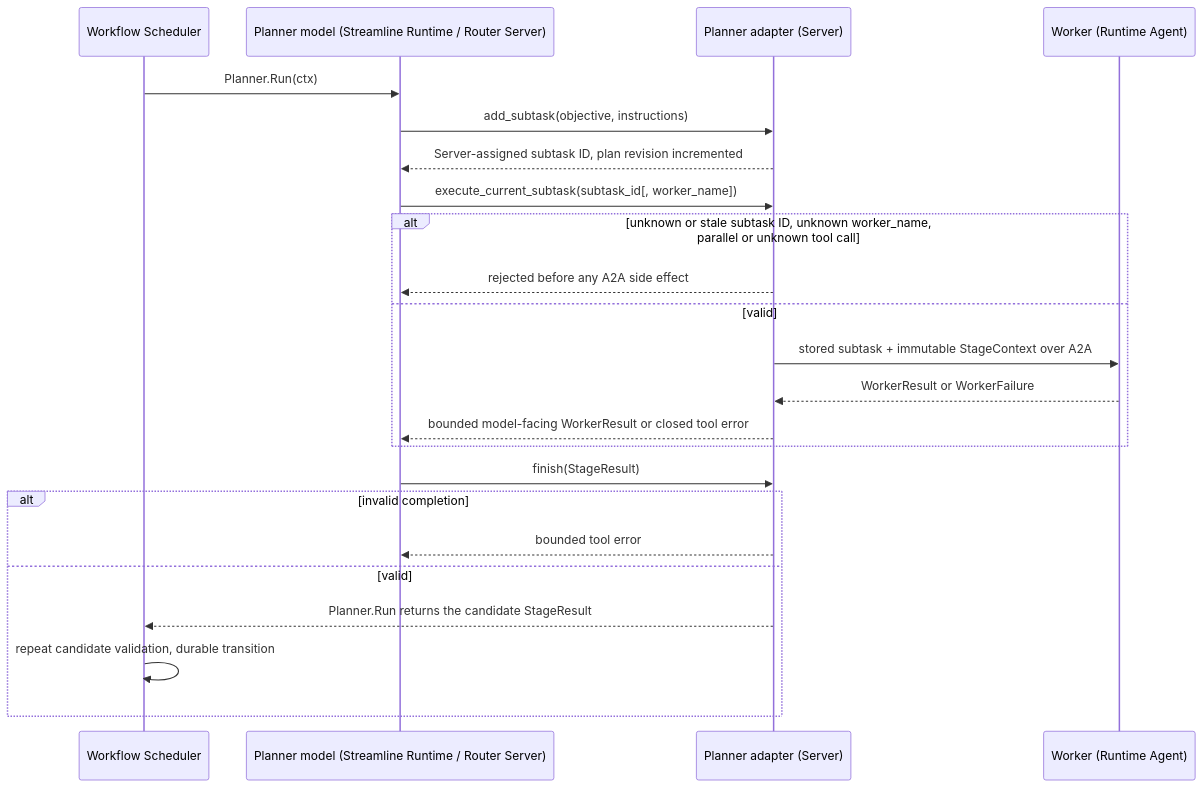
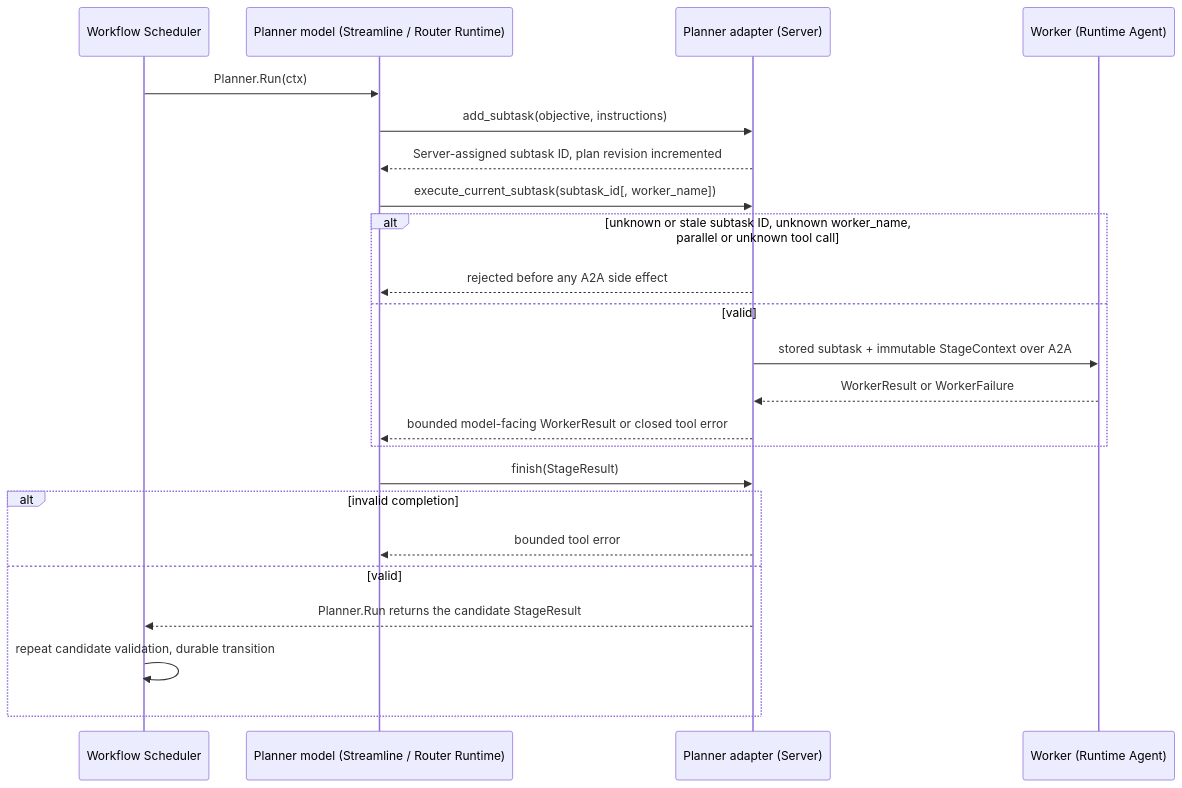
One commit to grauwolf32/contractor changed the first of 2 diagrams in docs/spec/execution/planners.md. Above: the diagram before and after it, drawn with Mermaid. The commit also changed other lines of this file and 112 other files, not shown here.

First line of the commit message:
feat(planner): run Router in Runtime and remove the Go model engine

````diff
--- a/docs/spec/execution/planners.md
+++ b/docs/spec/execution/planners.md
@@ -121,25 +121,25 @@
 ```mermaid
 sequenceDiagram
     participant S as Workflow Scheduler
-    participant M as Planner model (Streamline Runtime / Router Server)
+    participant M as Planner model (Streamline / Router Runtime)
     participant A as Planner adapter (Server)
     participant W as Worker (Runtime Agent)
     S->>M: Planner.Run(ctx)
     M->>A: add_subtask(objective, instructions)
     A-->>M: Server-assigned subtask ID, plan revision incremented
     M->>A: execute_current_subtask(subtask_id[, worker_name])
     alt unknown or stale subtask ID, unknown worker_name, parallel or unknown tool call
         A-->>M: rejected before any A2A side effect
     else valid
         A->>W: stored subtask + immutable StageContext over A2A
         W-->>A: WorkerResult or WorkerFailure
         A-->>M: bounded model-facing WorkerResult or closed tool error
     end
     M->>A: finish(StageResult)
     alt invalid completion
         A-->>M: bounded tool error
     else valid
         A-->>S: Planner.Run returns the candidate StageResult
         S->>S: repeat candidate validation, durable transition
     end
 ```
````
